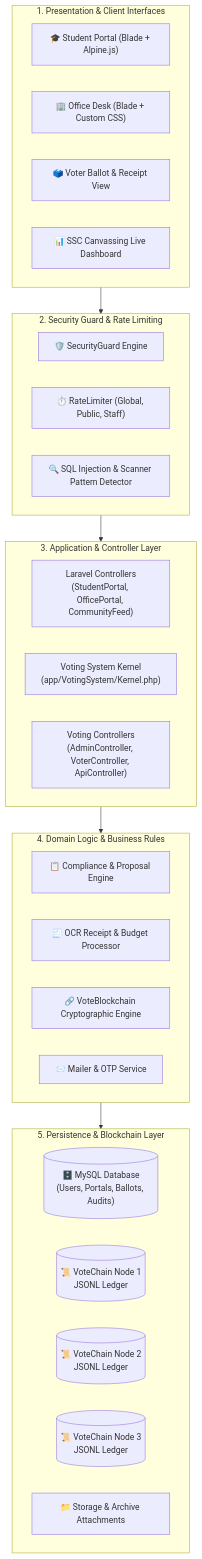
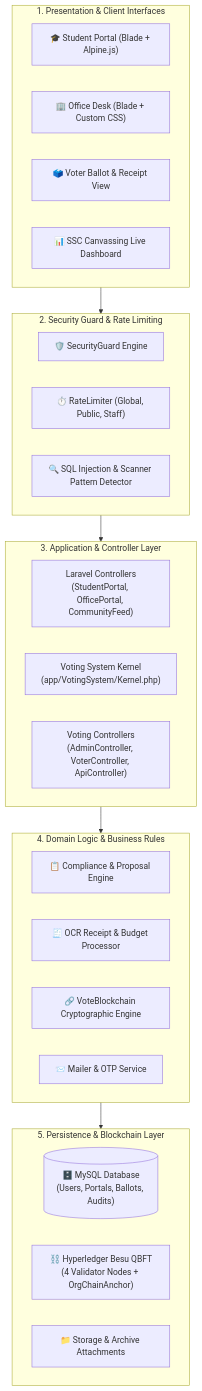
One commit to chals1029/OrgChainProject changed the diagram in ORGCHAIN/01 - System Architecture/High-Level Technical Architecture.md. Above: the diagram before and after it, drawn with Mermaid. The commit also changed other lines of this file and 285 other files, not shown here.

````diff
--- a/ORGCHAIN/01 - System Architecture/High-Level Technical Architecture.md
+++ b/ORGCHAIN/01 - System Architecture/High-Level Technical Architecture.md
@@ -21,41 +21,39 @@
 ```mermaid
 graph TB
     subgraph PresentationLayer["1. Presentation & Client Interfaces"]
         SP_UI["🎓 Student Portal (Blade + Alpine.js)"]
         OD_UI["🏢 Office Desk (Blade + Custom CSS)"]
         VS_UI["🗳️ Voter Ballot & Receipt View"]
         CAN_UI["📊 SSC Canvassing Live Dashboard"]
     end
 
     subgraph SecurityLayer["2. Security Guard & Rate Limiting"]
         SG["🛡️ SecurityGuard Engine"]
         RL["⏱️ RateLimiter (Global, Public, Staff)"]
         WAF["🔍 SQL Injection & Scanner Pattern Detector"]
     end
 
     subgraph ControllerLayer["3. Application & Controller Layer"]
         L_CTRL["Laravel Controllers<br/>(StudentPortal, OfficePortal, CommunityFeed)"]
         V_KERN["Voting System Kernel<br/>(app/VotingSystem/Kernel.php)"]
         V_CTRL["Voting Controllers<br/>(AdminController, VoterController, ApiController)"]
     end
 
     subgraph DomainLayer["4. Domain Logic & Business Rules"]
         PROP_ENG["📋 Compliance & Proposal Engine"]
         OCR_ENG["🧾 OCR Receipt & Budget Processor"]
         VCHAIN["🔗 VoteBlockchain Cryptographic Engine"]
         NOTIF["📨 Mailer & OTP Service"]
     end
 
     subgraph DataLayer["5. Persistence & Blockchain Layer"]
         MYSQL[("🗄️ MySQL Database<br/>(Users, Portals, Ballots, Audits)")]
-        N1[("📜 VoteChain Node 1<br/>JSONL Ledger")]
-        N2[("📜 VoteChain Node 2<br/>JSONL Ledger")]
-        N3[("📜 VoteChain Node 3<br/>JSONL Ledger")]
+        BESU["⛓️ Hyperledger Besu QBFT<br/>(4 Validator Nodes + OrgChainAnchor)"]
         FS["📁 Storage & Archive Attachments"]
     end
 
     PresentationLayer --> SecurityLayer
     SecurityLayer --> ControllerLayer
     ControllerLayer --> DomainLayer
     DomainLayer --> DataLayer
 ```
````
